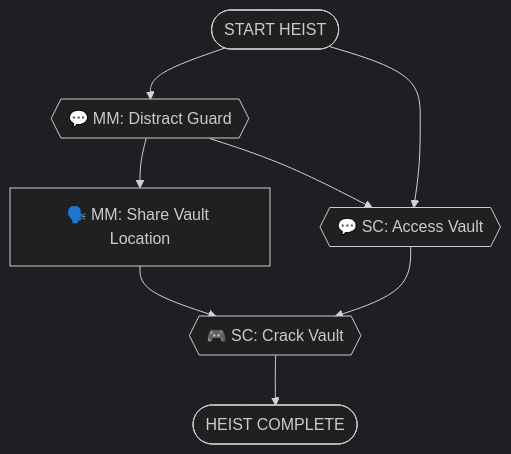
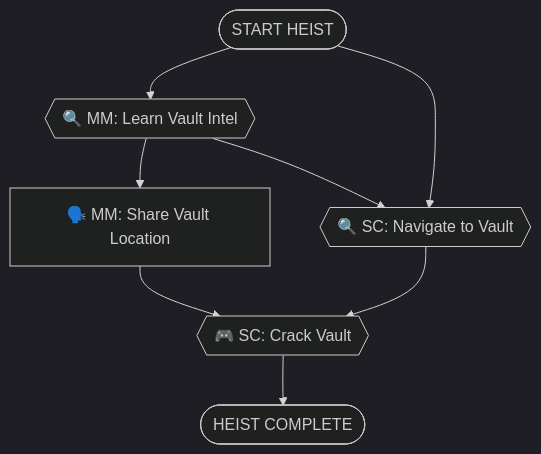
Before and after one commit to barrand/TheHeist: the diagram in backend/experiences/generated_museum_gala_vault_2players.md, drawn with Mermaid (dark theme). The commit also changed other lines of this file, not shown here.

````diff
--- a/backend/experiences/generated_museum_gala_vault_2players.md
+++ b/backend/experiences/generated_museum_gala_vault_2players.md
@@ -130,15 +130,15 @@
 ```mermaid
 flowchart TD
     START([START HEIST])
     
-    START --> MM1{{💬 MM: Distract Guard}}
-    START --> SC1{{💬 SC: Access Vault}}
+    START --> MM1{{🔍 MM: Learn Vault Intel}}
+    START --> SC1{{🔍 SC: Navigate to Vault}}
     
     MM1 --> MM2[🗣️ MM: Share Vault Location]
     MM1 --> SC1
     
     MM2 --> SC2{{🎮 SC: Crack Vault}}
     SC1 --> SC2
     
     SC2 --> COMPLETE([HEIST COMPLETE])
 ```
````
